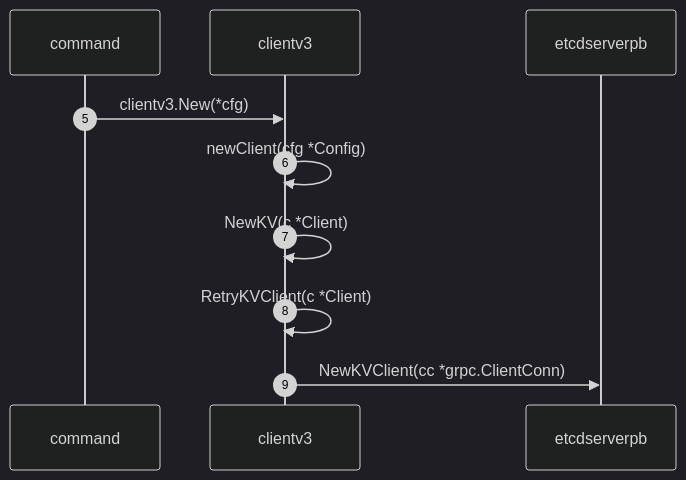
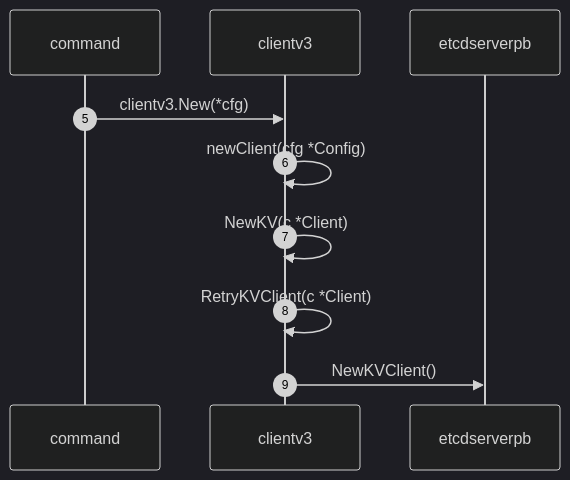
The eighth of 12 diagrams in docs/topics/etcd/etcd-watch.md (kangxiaoning/kangxiaoning.github.io), drawn with Mermaid (dark theme) before and after one commit. The commit also changed other lines of this file, not shown here.

````diff
--- a/docs/topics/etcd/etcd-watch.md
+++ b/docs/topics/etcd/etcd-watch.md
@@ -1496,9 +1499,9 @@
 ```mermaid
 sequenceDiagram
     autonumber 5
     command->>clientv3: clientv3.New(*cfg)
     clientv3->>clientv3: newClient(cfg *Config)
     clientv3->>clientv3: NewKV(c *Client)
     clientv3->>clientv3: RetryKVClient(c *Client)
-    clientv3->>etcdserverpb: NewKVClient(cc *grpc.ClientConn)
+    clientv3->>etcdserverpb: NewKVClient()
 ```
````
